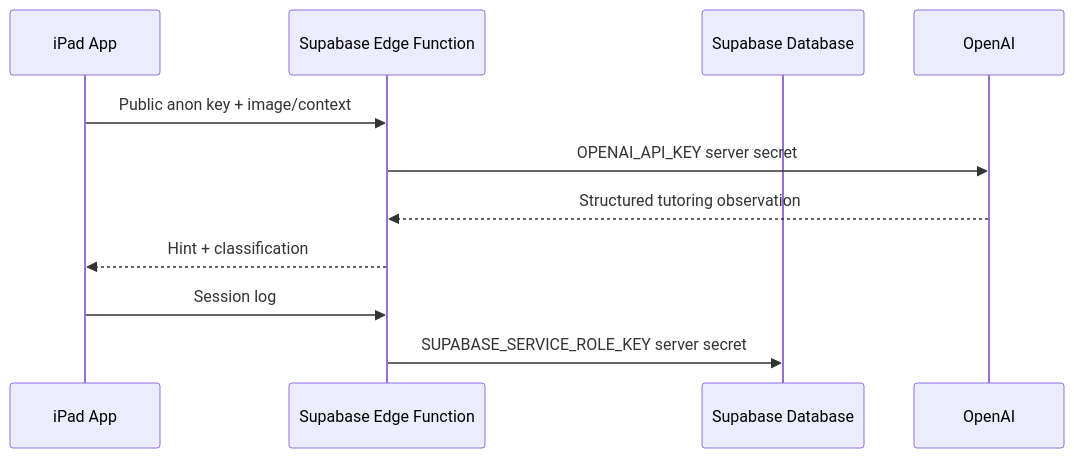
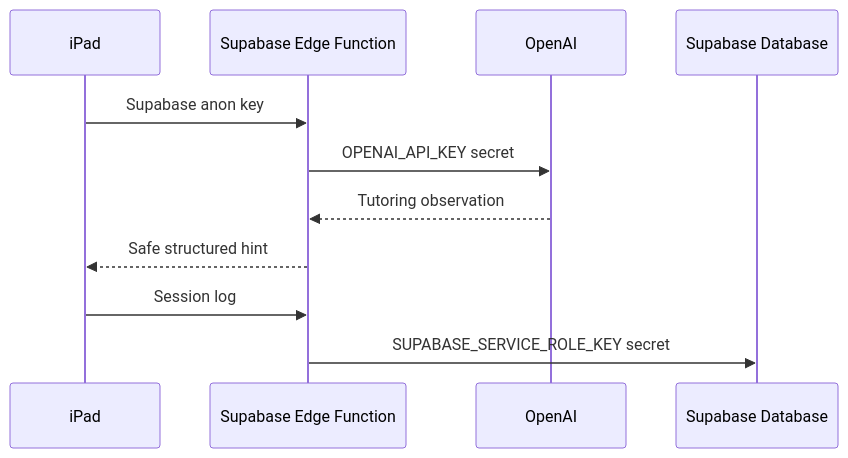
One commit to vmanukyann/MathTutor changed the seventh of 8 diagrams in README.md. Above: the diagram before and after it, drawn with Mermaid. The commit also changed other lines of this file and 31 other files, not shown here.

````diff
--- a/README.md
+++ b/README.md
@@ -186,14 +977,14 @@
 ```mermaid
 sequenceDiagram
-    participant iPad as iPad App
+    participant iPad
     participant Edge as Supabase Edge Function
+    participant OpenAI
     participant DB as Supabase Database
-    participant AI as OpenAI
 
-    iPad->>Edge: Public anon key + image/context
-    Edge->>AI: OPENAI_API_KEY server secret
-    AI-->>Edge: Structured tutoring observation
-    Edge-->>iPad: Hint + classification
+    iPad->>Edge: Supabase anon key
+    Edge->>OpenAI: OPENAI_API_KEY secret
+    OpenAI-->>Edge: Tutoring observation
+    Edge-->>iPad: Safe structured hint
     iPad->>Edge: Session log
-    Edge->>DB: SUPABASE_SERVICE_ROLE_KEY server secret
+    Edge->>DB: SUPABASE_SERVICE_ROLE_KEY secret
 ```
````
